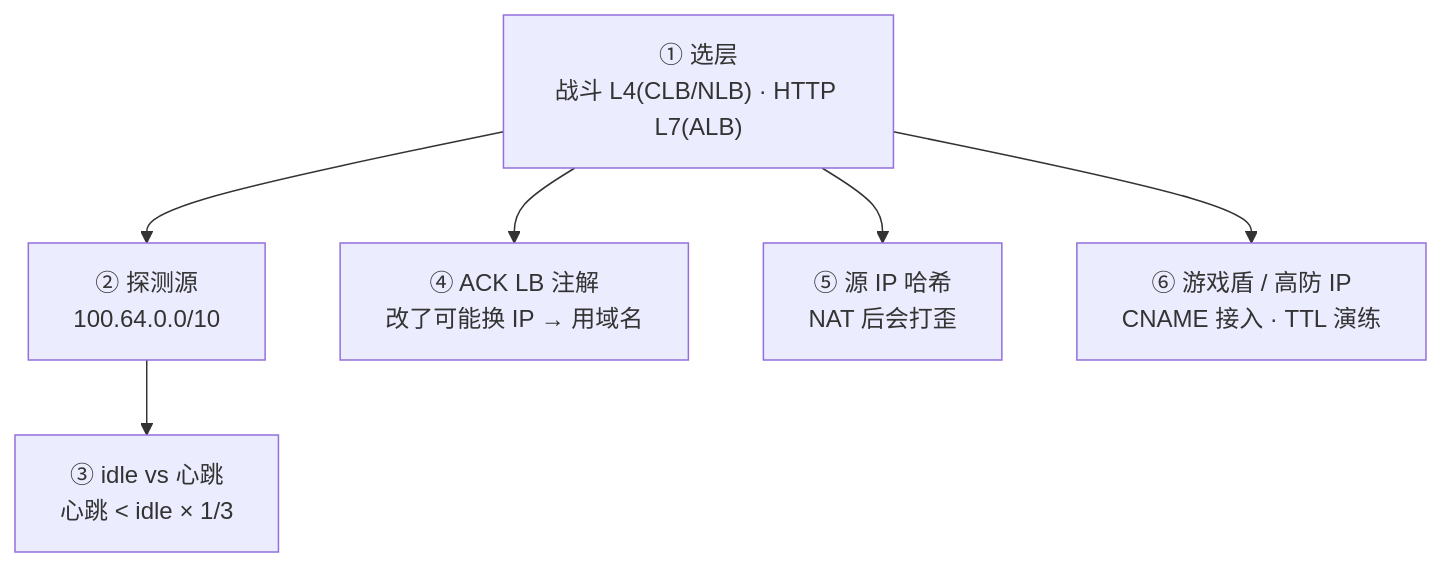
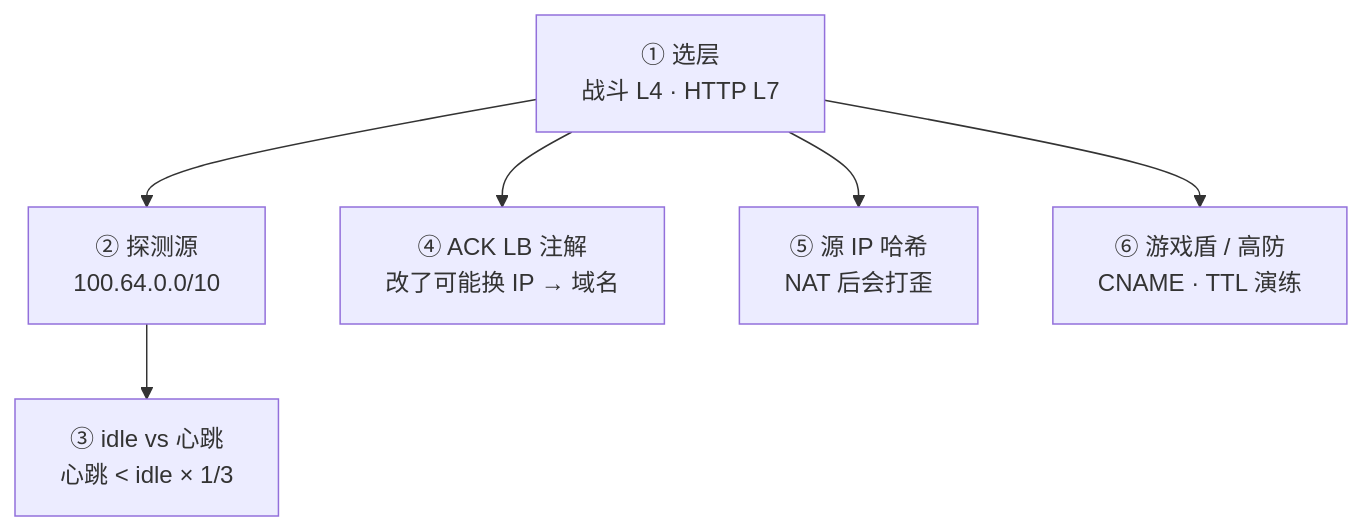
One commit to ml-cuizijun/LearnToLilith changed the fourth of 6 diagrams in 06-云平台/06-阿里云生产/知识点.md. Above: the diagram before and after it, drawn with Mermaid. The commit also changed other lines of this file and 178 other files, not shown here.

````diff
--- a/06-云平台/06-阿里云生产/知识点.md
+++ b/06-云平台/06-阿里云生产/知识点.md
@@ -196,8 +179,8 @@
 ```mermaid
 flowchart TB
-    PICK["① 选层<br/>战斗 L4(CLB/NLB) · HTTP L7(ALB)"] --> HEALTH["② 探测源<br/>100.64.0.0/10"]
+    PICK["① 选层<br/>战斗 L4 · HTTP L7"] --> HEALTH["② 探测源<br/>100.64.0.0/10"]
     HEALTH --> IDLE["③ idle vs 心跳<br/>心跳 < idle × 1/3"]
-    PICK --> ANNO["④ ACK LB 注解<br/>改了可能换 IP → 用域名"]
+    PICK --> ANNO["④ ACK LB 注解<br/>改了可能换 IP → 域名"]
     PICK --> HASH["⑤ 源 IP 哈希<br/>NAT 后会打歪"]
-    PICK --> SHIELD["⑥ 游戏盾 / 高防 IP<br/>CNAME 接入 · TTL 演练"]
+    PICK --> SHIELD["⑥ 游戏盾 / 高防<br/>CNAME · TTL 演练"]
 ```
````
